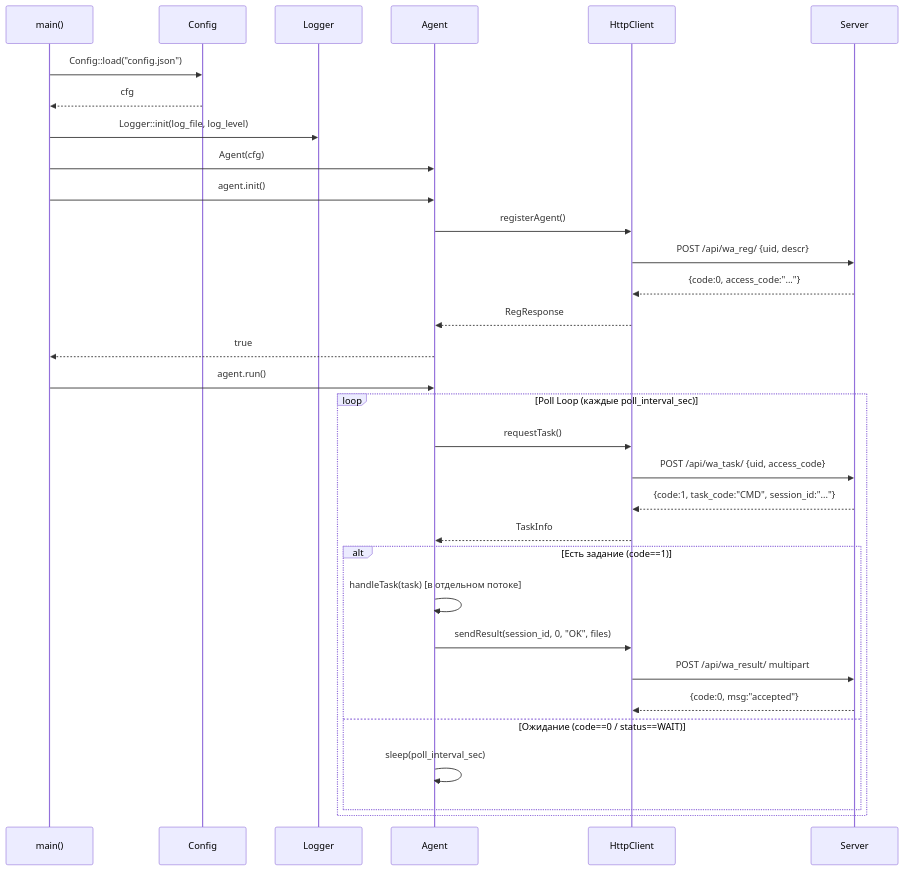
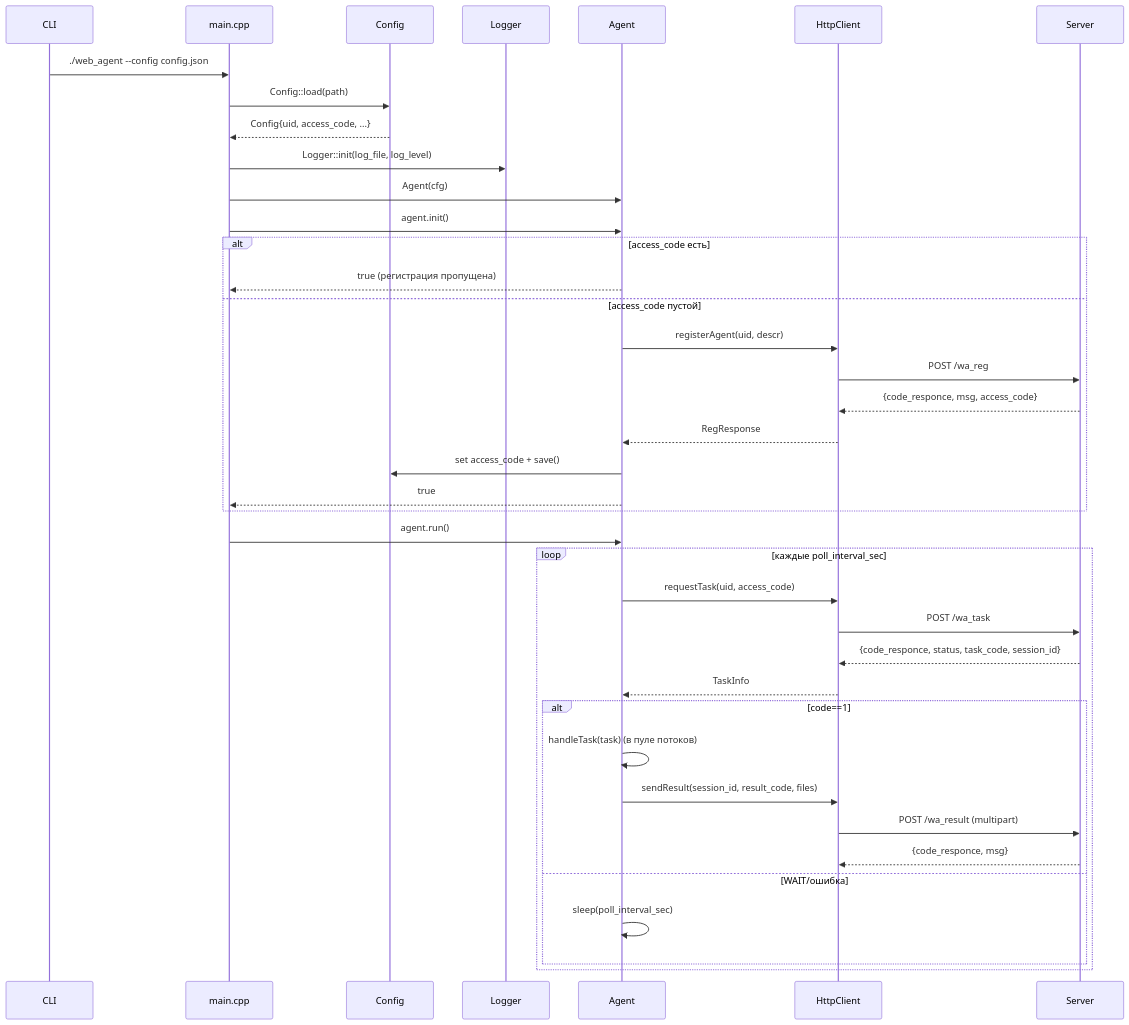
Before and after one commit to cli-resident/web-agent: the second of 2 diagrams in docs/ARCHITECTURE_DRAFT.md, drawn with Mermaid. The commit also changed other lines of this file and 20 other files, not shown here.

Commit message:
feat: bootstrap web-agent core (config/logger/http client/agent, tests, docs)

````diff
--- a/docs/ARCHITECTURE_DRAFT.md
+++ b/docs/ARCHITECTURE_DRAFT.md
@@ -81,38 +92,42 @@
 ```mermaid
 sequenceDiagram
-    participant M as main()
-    participant CFG as Config
-    participant LOG as Logger
-    participant AGT as Agent
-    participant HTTP as HttpClient
-    participant SRV as Server
+    participant User as CLI
+    participant Main as main.cpp
+    participant Cfg as Config
+    participant Log as Logger
+    participant Agent as Agent
+    participant Http as HttpClient
+    participant Srv as Server
 
-    M->>CFG: Config::load("config.json")
-    CFG-->>M: cfg
-    M->>LOG: Logger::init(log_file, log_level)
-    M->>AGT: Agent(cfg)
-    M->>AGT: agent.init()
-    AGT->>HTTP: registerAgent()
-    HTTP->>SRV: POST /api/wa_reg/ {uid, descr}
-    SRV-->>HTTP: {code:0, access_code:"..."}
-    HTTP-->>AGT: RegResponse
-    AGT-->>M: true
-
-    M->>AGT: agent.run()
-
-    loop Poll Loop (каждые poll_interval_sec)
-        AGT->>HTTP: requestTask()
-        HTTP->>SRV: POST /api/wa_task/ {uid, access_code}
-        SRV-->>HTTP: {code:1, task_code:"CMD", session_id:"..."}
-        HTTP-->>AGT: TaskInfo
-
-        alt Есть задание (code==1)
-            AGT->>AGT: handleTask(task) [в отдельном потоке]
-            AGT->>HTTP: sendResult(session_id, 0, "OK", files)
-            HTTP->>SRV: POST /api/wa_result/ multipart
-            SRV-->>HTTP: {code:0, msg:"accepted"}
-        else Ожидание (code==0 / status==WAIT)
-            AGT->>AGT: sleep(poll_interval_sec)
+    User->>Main: ./web_agent --config config.json
+    Main->>Cfg: Config::load(path)
+    Cfg-->>Main: Config{uid, access_code, ...}
+    Main->>Log: Logger::init(log_file, log_level)
+    Main->>Agent: Agent(cfg)
+    Main->>Agent: agent.init()
+    alt access_code есть
+        Agent-->>Main: true (регистрация пропущена)
+    else access_code пустой
+        Agent->>Http: registerAgent(uid, descr)
+        Http->>Srv: POST /wa_reg
+        Srv-->>Http: {code_responce, msg, access_code}
+        Http-->>Agent: RegResponse
+        Agent->>Cfg: set access_code + save()
+        Agent-->>Main: true
+    end
+    Main->>Agent: agent.run()
+    loop каждые poll_interval_sec
+        Agent->>Http: requestTask(uid, access_code)
+        Http->>Srv: POST /wa_task
+        Srv-->>Http: {code_responce, status, task_code, session_id}
+        Http-->>Agent: TaskInfo
+        alt code==1
+            Agent->>Agent: handleTask(task) (в пуле потоков)
+            Agent->>Http: sendResult(session_id, result_code, files)
+            Http->>Srv: POST /wa_result (multipart)
+            Srv-->>Http: {code_responce, msg}
+        else WAIT/ошибка
+            Agent->>Agent: sleep(poll_interval_sec)
         end
     end
 ```
````
